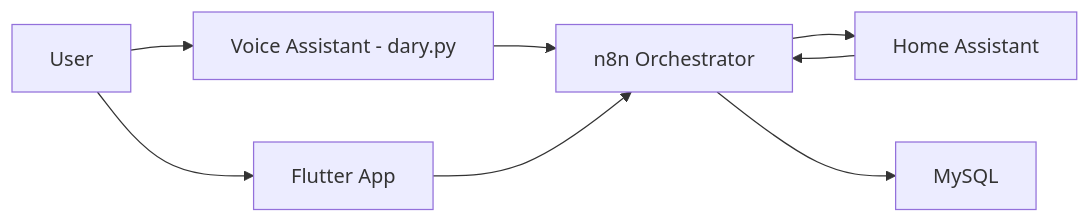
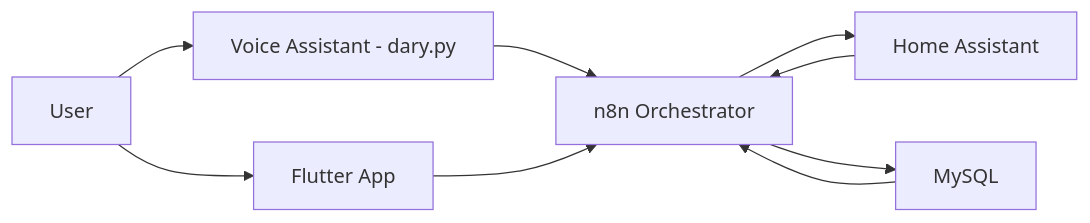
Before and after one commit to aalsayed70/home-voice-assistant: the first of 2 diagrams in README.md, drawn with Mermaid. The commit also changed other lines of this file, not shown here.

Commit message:
docs: make HA and MySQL links bidirectional in both diagrams

````diff
--- a/README.md
+++ b/README.md
@@ -68,17 +68,18 @@
 ```mermaid
 flowchart LR
   user[User]
   va[Voice Assistant - dary.py]
   app[Flutter App]
   n8n[n8n Orchestrator]
   ha[Home Assistant]
   db[MySQL]
 
   user --> va
   user --> app
   va --> n8n
   app --> n8n
   n8n --> ha
   n8n --> db
   ha --> n8n
+  db --> n8n
 ```
````
